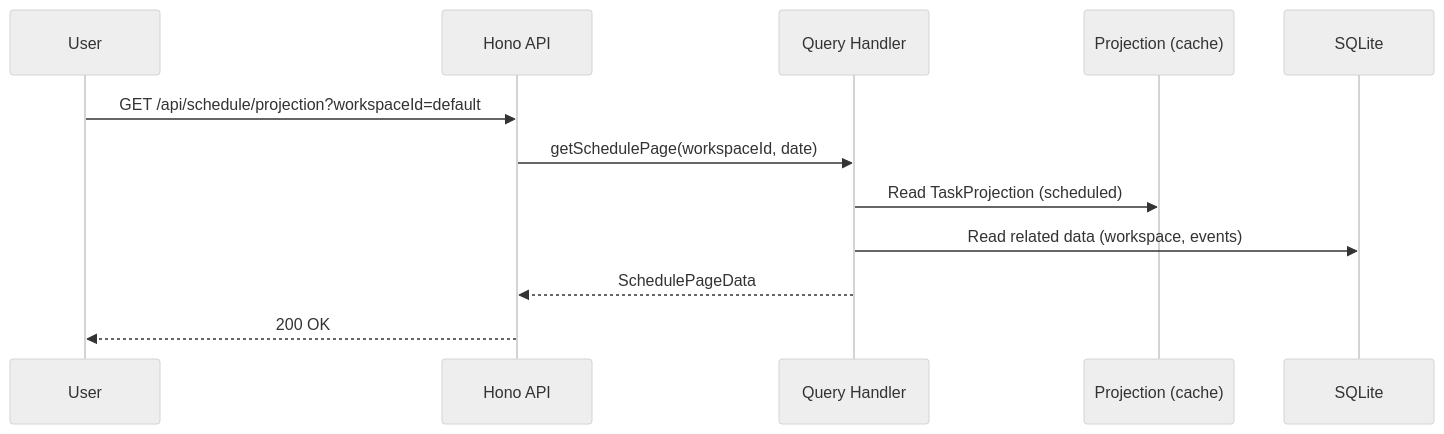
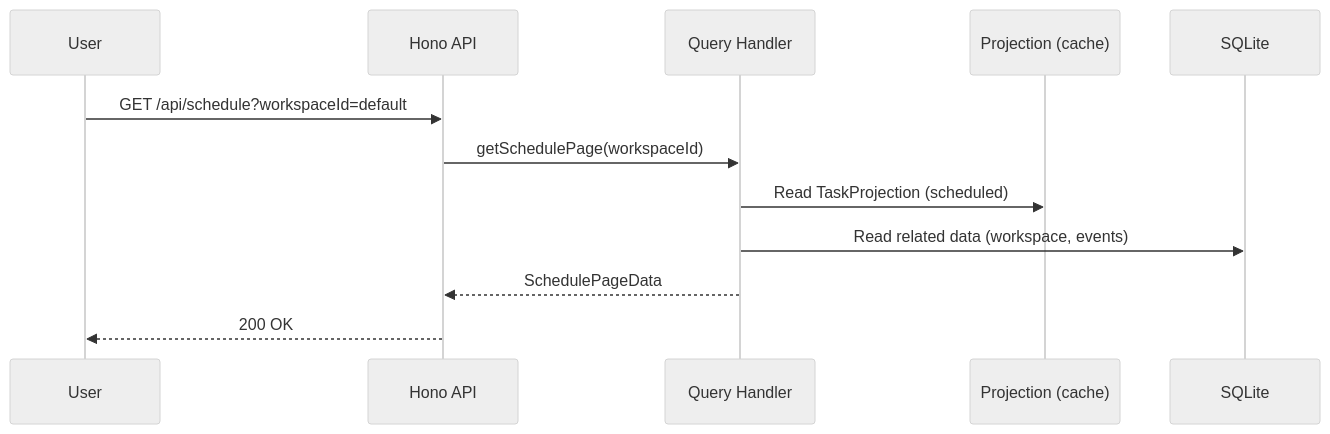
One commit to saya-ashen/Chrona changed the fifth of 7 diagrams in docs/architecture.md. Above: the diagram before and after it, drawn with Mermaid (neutral theme). The commit also changed other lines of this file and 13 other files, not shown here.

````diff
--- a/docs/architecture.md
+++ b/docs/architecture.md
@@ -181,15 +180,15 @@
 ```mermaid
 sequenceDiagram
     participant U as User
     participant API as Hono API
     participant QRY as Query Handler
     participant PROJ as Projection (cache)
     participant DB as SQLite
 
-    U->>API: GET /api/schedule/projection?workspaceId=default
-    API->>QRY: getSchedulePage(workspaceId, date)
+    U->>API: GET /api/schedule?workspaceId=default
+    API->>QRY: getSchedulePage(workspaceId)
     QRY->>PROJ: Read TaskProjection (scheduled)
     QRY->>DB: Read related data (workspace, events)
     QRY-->>API: SchedulePageData
     API-->>U: 200 OK
 ```
````
